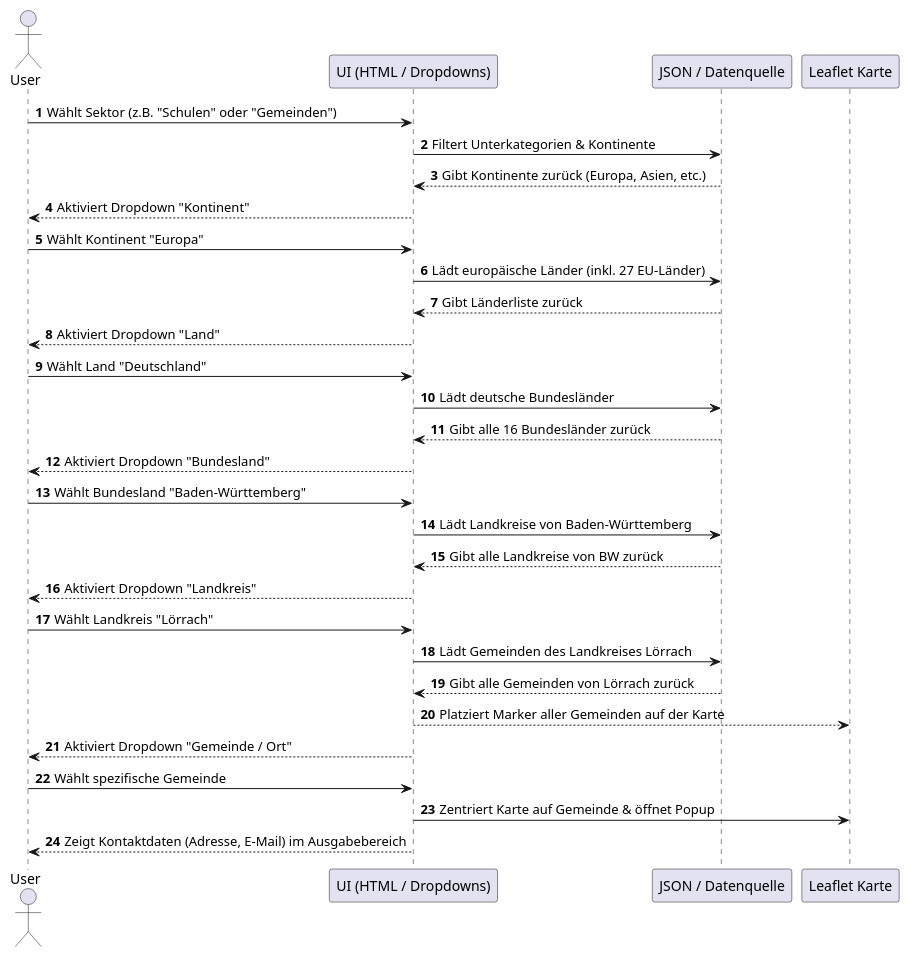
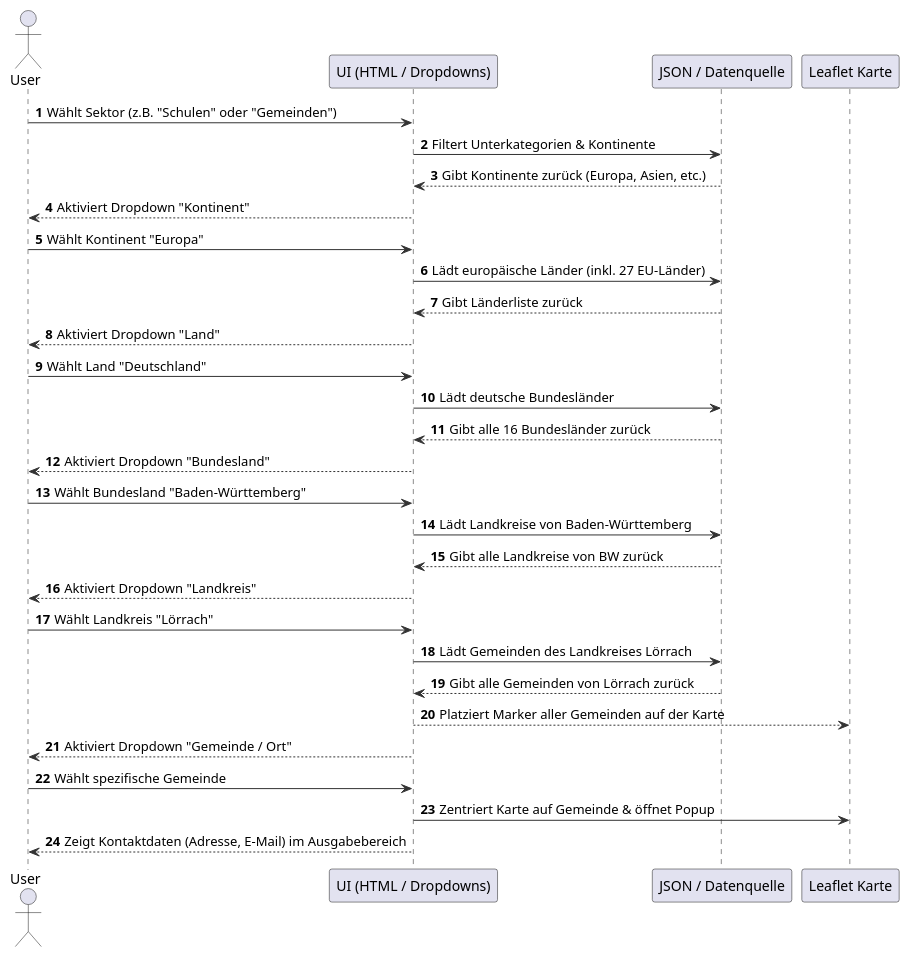
One commit to olaspo/MeinPlantUML changed the diagram in 2026-11-17-html-dropdown-uml-sequenz-08.md. Above: the diagram before and after it, drawn with PlantUML.

````diff
--- a/2026-11-17-html-dropdown-uml-sequenz-08.md
+++ b/2026-11-17-html-dropdown-uml-sequenz-08.md
@@ -1,40 +1,45 @@
 ```plantuml
 @startuml
+skinparam backgroundcolor #FFFFFF
+skinparam DefaultFontColor #000000
+skinparam ClassBackgroundColor #F9F9F9
+skinparam ClassBorderColor #333333
+skinparam ArrowColor #333333
 autonumber
 actor User as U
 participant "UI (HTML / Dropdowns)" as UI
 participant "JSON / Datenquelle" as DB
 participant "Leaflet Karte" as Map
 
 U -> UI: Wählt Sektor (z.B. "Schulen" oder "Gemeinden")
 UI -> DB: Filtert Unterkategorien & Kontinente
 DB --> UI: Gibt Kontinente zurück (Europa, Asien, etc.)
 UI --> U: Aktiviert Dropdown "Kontinent"
 
 U -> UI: Wählt Kontinent "Europa"
 UI -> DB: Lädt europäische Länder (inkl. 27 EU-Länder)
 DB --> UI: Gibt Länderliste zurück
 UI --> U: Aktiviert Dropdown "Land"
 
 U -> UI: Wählt Land "Deutschland"
 UI -> DB: Lädt deutsche Bundesländer
 DB --> UI: Gibt alle 16 Bundesländer zurück
 UI --> U: Aktiviert Dropdown "Bundesland"
 
 U -> UI: Wählt Bundesland "Baden-Württemberg"
 UI -> DB: Lädt Landkreise von Baden-Württemberg
 DB --> UI: Gibt alle Landkreise von BW zurück
 UI --> U: Aktiviert Dropdown "Landkreis"
 
 U -> UI: Wählt Landkreis "Lörrach"
 UI -> DB: Lädt Gemeinden des Landkreises Lörrach
 DB --> UI: Gibt alle Gemeinden von Lörrach zurück
 UI --> Map: Platziert Marker aller Gemeinden auf der Karte
 UI --> U: Aktiviert Dropdown "Gemeinde / Ort"
 
 U -> UI: Wählt spezifische Gemeinde
 UI -> Map: Zentriert Karte auf Gemeinde & öffnet Popup
 UI --> U: Zeigt Kontaktdaten (Adresse, E-Mail) im Ausgabebereich
 
 @enduml
 ```
````
